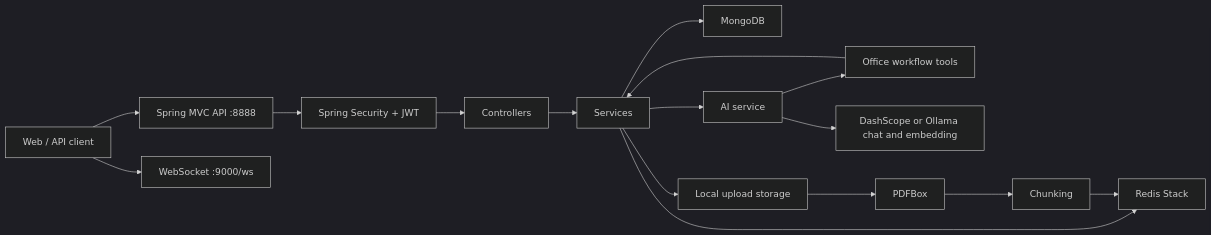
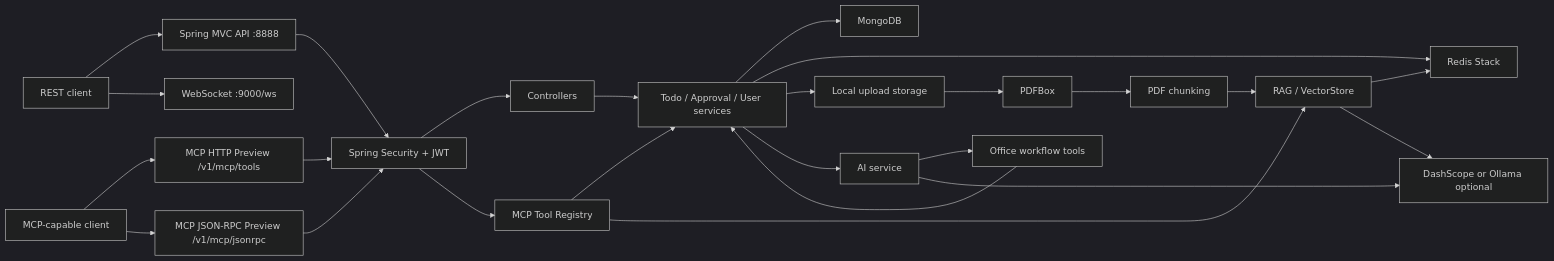
One commit to evans778-star/flowdesk changed the diagram in docs/architecture.md. Above: the diagram before and after it, drawn with Mermaid (dark theme). The commit also changed other lines of this file and 48 other files, not shown here.

Commit message:
Add RAG citations quality lab and MCP adapter hardening

````diff
--- a/docs/architecture.md
+++ b/docs/architecture.md
@@ -7,18 +7,29 @@
 ```mermaid
 flowchart LR
-    Client["Web / API client"] --> API["Spring MVC API :8888"]
-    Client --> WS["WebSocket :9000/ws"]
+    RestClient["REST client"] --> API["Spring MVC API :8888"]
+    RestClient --> WS["WebSocket :9000/ws"]
+    McpClient["MCP-capable client"] --> McpHttp["MCP HTTP Preview /v1/mcp/tools"]
+    McpClient --> McpJsonRpc["MCP JSON-RPC Preview /v1/mcp/jsonrpc"]
+
     API --> Security["Spring Security + JWT"]
+    McpHttp --> Security
+    McpJsonRpc --> Security
     Security --> Controllers["Controllers"]
-    Controllers --> Services["Services"]
+    Security --> Registry["MCP Tool Registry"]
+
+    Controllers --> Services["Todo / Approval / User services"]
+    Registry --> Services
+    Registry --> RagSearch["RAG / VectorStore"]
     Services --> Mongo["MongoDB"]
     Services --> Redis["Redis Stack"]
     Services --> Uploads["Local upload storage"]
     Services --> AI["AI service"]
     AI --> Tools["Office workflow tools"]
-    AI --> Provider["DashScope or Ollama chat and embedding"]
+    AI --> Provider["DashScope or Ollama optional"]
     Tools --> Services
     Uploads --> PDFBox["PDFBox"]
-    PDFBox --> RAG["Chunking"]
-    RAG --> Redis
+    PDFBox --> Chunking["PDF chunking"]
+    Chunking --> RagSearch
+    RagSearch --> Redis
+    RagSearch --> Provider
 ```
````
